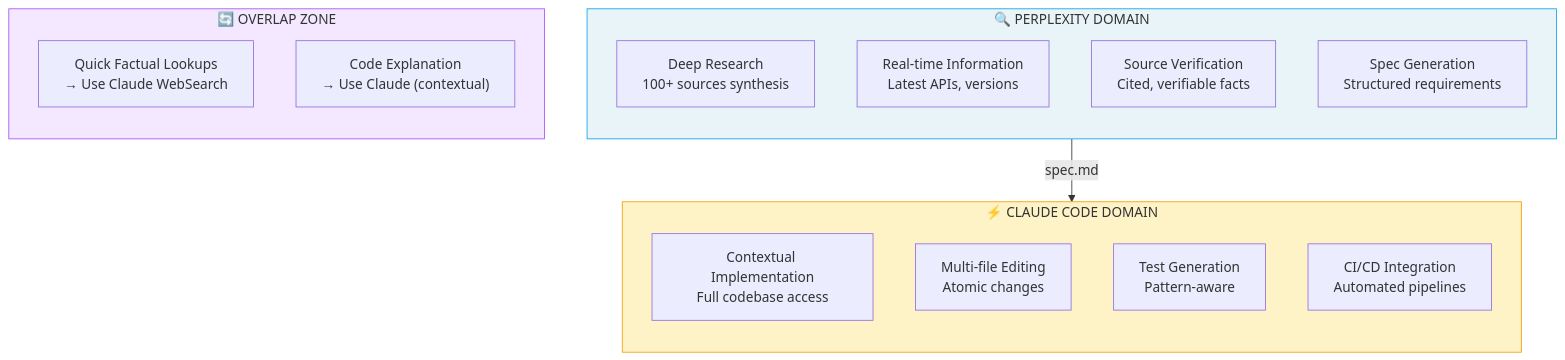
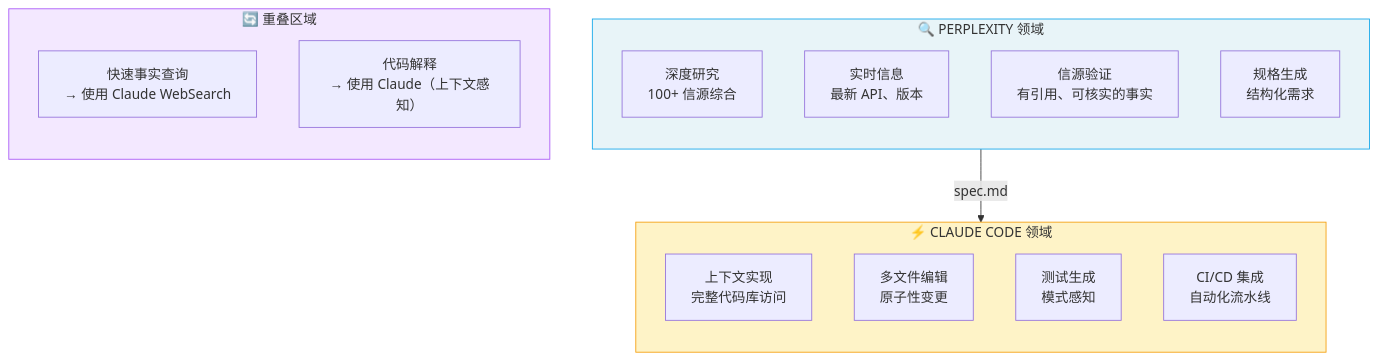
The first of 4 diagrams in claude-code/ecosystem/ai-ecosystem.md (lawrencewzen/aispark-wiki), drawn with Mermaid before and after one commit. The commit also changed other lines of this file and 82 other files, not shown here.

First line of the commit message:
feat: 完成 claude-code/ 目录全量中文翻译

````diff
--- a/claude-code/ecosystem/ai-ecosystem.md
+++ b/claude-code/ecosystem/ai-ecosystem.md
@@ -85,30 +85,30 @@
 ```mermaid
 flowchart TB
-    subgraph PERPLEXITY["🔍 PERPLEXITY DOMAIN"]
+    subgraph PERPLEXITY["🔍 PERPLEXITY 领域"]
         direction TB
-        P1["Deep Research<br/>100+ sources synthesis"]
-        P2["Real-time Information<br/>Latest APIs, versions"]
-        P3["Source Verification<br/>Cited, verifiable facts"]
-        P4["Spec Generation<br/>Structured requirements"]
+        P1["深度研究<br/>100+ 信源综合"]
+        P2["实时信息<br/>最新 API、版本"]
+        P3["信源验证<br/>有引用、可核实的事实"]
+        P4["规格生成<br/>结构化需求"]
     end
 
-    subgraph CLAUDE["⚡ CLAUDE CODE DOMAIN"]
+    subgraph CLAUDE["⚡ CLAUDE CODE 领域"]
         direction TB
-        C1["Contextual Implementation<br/>Full codebase access"]
-        C2["Multi-file Editing<br/>Atomic changes"]
-        C3["Test Generation<br/>Pattern-aware"]
-        C4["CI/CD Integration<br/>Automated pipelines"]
+        C1["上下文实现<br/>完整代码库访问"]
+        C2["多文件编辑<br/>原子性变更"]
+        C3["测试生成<br/>模式感知"]
+        C4["CI/CD 集成<br/>自动化流水线"]
     end
 
-    subgraph OVERLAP["🔄 OVERLAP ZONE"]
+    subgraph OVERLAP["🔄 重叠区域"]
         direction TB
-        O1["Quick Factual Lookups<br/>→ Use Claude WebSearch"]
-        O2["Code Explanation<br/>→ Use Claude (contextual)"]
+        O1["快速事实查询<br/>→ 使用 Claude WebSearch"]
+        O2["代码解释<br/>→ 使用 Claude（上下文感知）"]
     end
 
     P4 -->|"spec.md"| C1
 
     style PERPLEXITY fill:#e8f4f8,stroke:#0ea5e9
     style CLAUDE fill:#fef3c7,stroke:#f59e0b
     style OVERLAP fill:#f3e8ff,stroke:#a855f7
 ```
````
